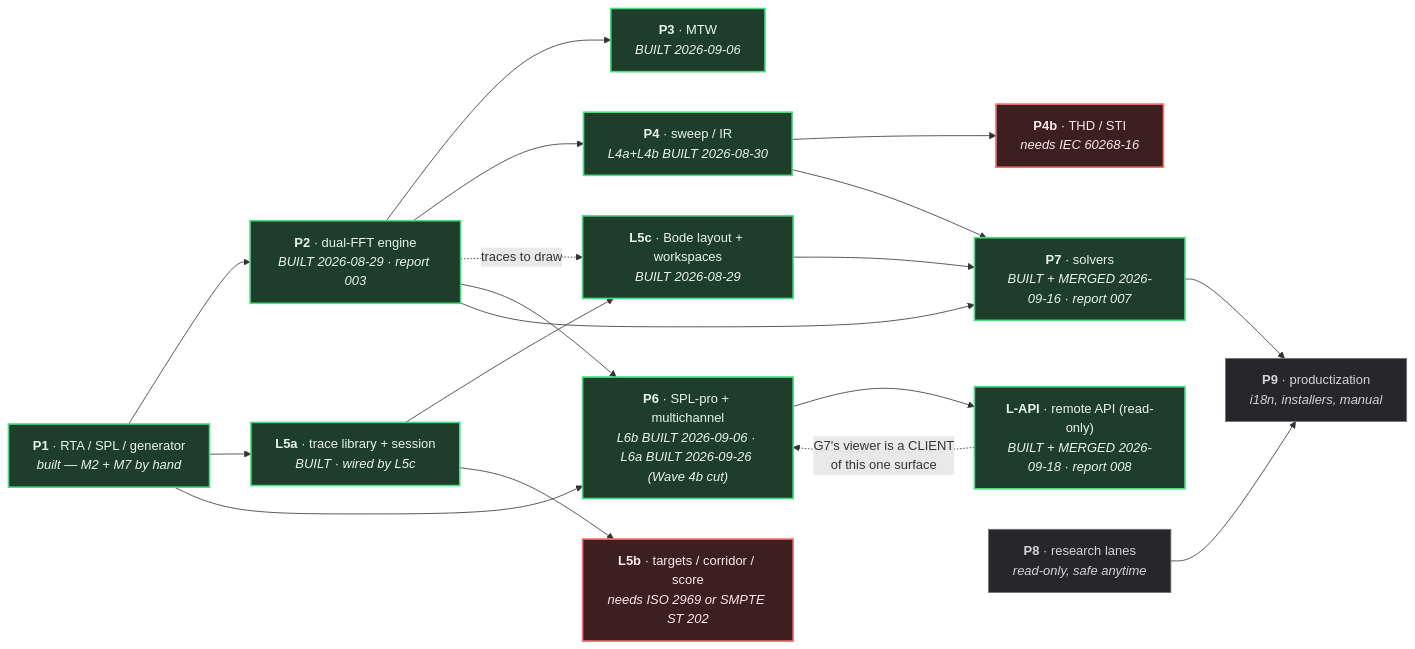
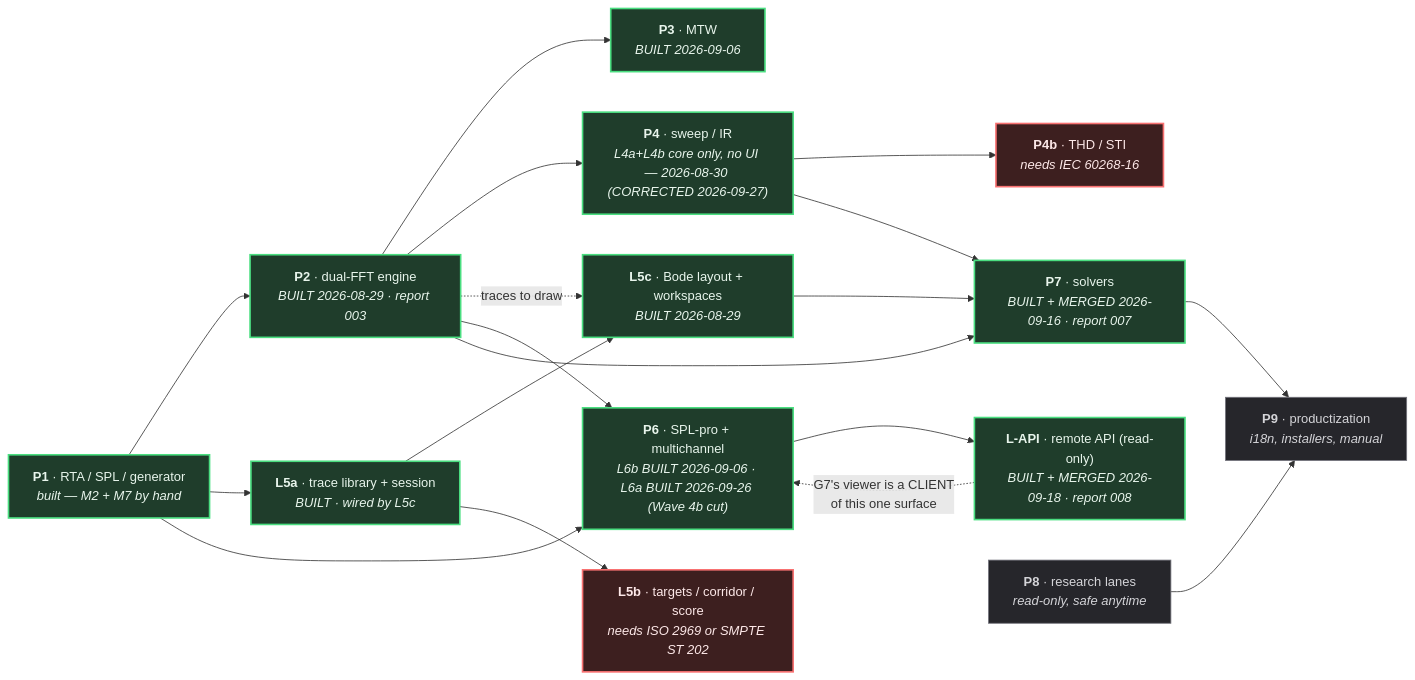
The diagram in docs/plans/MASTER-EXECUTION-PLAN.md (toanaz-ops/rta-tool), drawn with Mermaid before and after one commit. The commit also changed other lines of this file and 6 other files, not shown here.

````diff
--- a/docs/plans/MASTER-EXECUTION-PLAN.md
+++ b/docs/plans/MASTER-EXECUTION-PLAN.md
@@ -221,40 +273,40 @@
 ```mermaid
 graph LR
     P1["<b>P1</b> · RTA / SPL / generator<br/><i>built — M2 + M7 by hand</i>"]
     P2["<b>P2</b> · dual-FFT engine<br/><i>BUILT 2026-08-29 · report 003</i>"]
     P3["<b>P3</b> · MTW<br/><i>BUILT 2026-09-06</i>"]
-    P4["<b>P4</b> · sweep / IR<br/><i>L4a+L4b BUILT 2026-08-30</i>"]
+    P4["<b>P4</b> · sweep / IR<br/><i>L4a+L4b core only, no UI — 2026-08-30 (CORRECTED 2026-09-27)</i>"]
     P4b["<b>P4b</b> · THD / STI<br/><i>needs IEC 60268-16</i>"]
     L5a["<b>L5a</b> · trace library + session<br/><i>BUILT · wired by L5c</i>"]
     L5b["<b>L5b</b> · targets / corridor / score<br/><i>needs ISO 2969 or SMPTE ST 202</i>"]
     L5c["<b>L5c</b> · Bode layout + workspaces<br/><i>BUILT 2026-08-29</i>"]
     P6["<b>P6</b> · SPL-pro + multichannel<br/><i>L6b BUILT 2026-09-06 · L6a BUILT 2026-09-26 (Wave 4b cut)</i>"]
     LAPI["<b>L-API</b> · remote API (read-only)<br/><i>BUILT + MERGED 2026-09-18 · report 008</i>"]
     P7["<b>P7</b> · solvers<br/><i>BUILT + MERGED 2026-09-16 · report 007</i>"]
     P8["<b>P8</b> · research lanes<br/><i>read-only, safe anytime</i>"]
     P9["<b>P9</b> · productization<br/><i>i18n, installers, manual</i>"]
 
     P1 --> P2 --> P3
     P2 --> P4 --> P4b
     P1 --> L5a --> L5c
     L5a --> L5b
     P2 -.->|"traces to draw"| L5c
     P1 --> P6
     P2 --> P6
     P6 --> LAPI
     LAPI -.->|"G7's viewer is a CLIENT<br/>of this one surface"| P6
     P2 --> P7
     P4 --> P7
     L5c --> P7
     P7 --> P9
     P8 --> P9
 
     classDef done fill:#1f3d2b,stroke:#4ade80,stroke-width:2px,color:#e8f5ec
     classDef next fill:#3d3418,stroke:#fbbf24,stroke-width:2px,color:#fdf6e3
     classDef blocked fill:#3d1f1f,stroke:#f87171,stroke-width:2px,color:#fde8e8
     classDef later fill:#26262b,stroke:#71717a,stroke-width:1px,color:#d4d4d8
 
     class P1,P2,P3,P4,L5a,L5c,P7,LAPI,P6 done
     class L5b,P4b blocked
     class P8,P9 later
 ```
````
